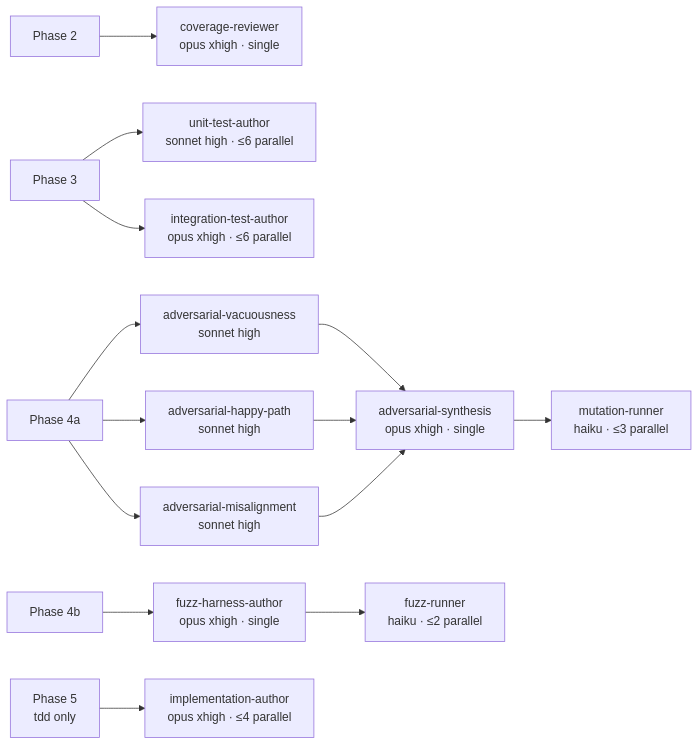
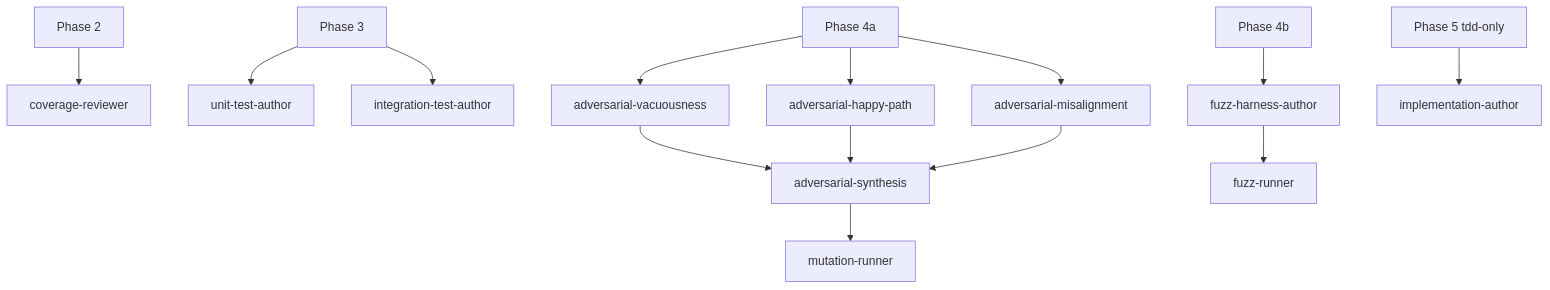
The fourth of 4 diagrams in docs/TECHNICAL.md (KemonoNeco/Straitjacket), drawn with Mermaid before and after one commit. The commit also changed other lines of this file, not shown here.

First line of the commit message:
Shorten mermaid node labels so they stop clipping on the right

````diff
--- a/docs/TECHNICAL.md
+++ b/docs/TECHNICAL.md
@@ -130,34 +147,15 @@
 ```mermaid
-flowchart LR
-    P2[Phase 2]
-    P3[Phase 3]
-    P4a[Phase 4a]
-    P4b[Phase 4b]
-    P5tdd[Phase 5<br/>tdd only]
-
-    CR["coverage-reviewer<br/>opus xhigh · single"]
-    UA["unit-test-author<br/>sonnet high · ≤6 parallel"]
-    IA["integration-test-author<br/>opus xhigh · ≤6 parallel"]
-    AV["adversarial-vacuousness<br/>sonnet high"]
-    AH["adversarial-happy-path<br/>sonnet high"]
-    AM["adversarial-misalignment<br/>sonnet high"]
-    AS["adversarial-synthesis<br/>opus xhigh · single"]
-    MR["mutation-runner<br/>haiku · ≤3 parallel"]
-    FH["fuzz-harness-author<br/>opus xhigh · single"]
-    FR["fuzz-runner<br/>haiku · ≤2 parallel"]
-    IMP["implementation-author<br/>opus xhigh · ≤4 parallel"]
-
-    P2 --> CR
-    P3 --> UA
-    P3 --> IA
-    P4a --> AV
-    P4a --> AH
-    P4a --> AM
-    AV --> AS
+flowchart TD
+    P2[Phase 2] --> CR[coverage-reviewer]
+    P3[Phase 3] --> UA[unit-test-author]
+    P3 --> IA[integration-test-author]
+    P4a[Phase 4a] --> AV[adversarial-vacuousness]
+    P4a --> AH[adversarial-happy-path]
+    P4a --> AM[adversarial-misalignment]
+    AV --> AS[adversarial-synthesis]
     AH --> AS
     AM --> AS
-    AS --> MR
-    P4b --> FH
-    FH --> FR
-    P5tdd --> IMP
+    AS --> MR[mutation-runner]
+    P4b[Phase 4b] --> FH[fuzz-harness-author] --> FR[fuzz-runner]
+    P5tdd[Phase 5 tdd-only] --> IMP[implementation-author]
 ```
````
